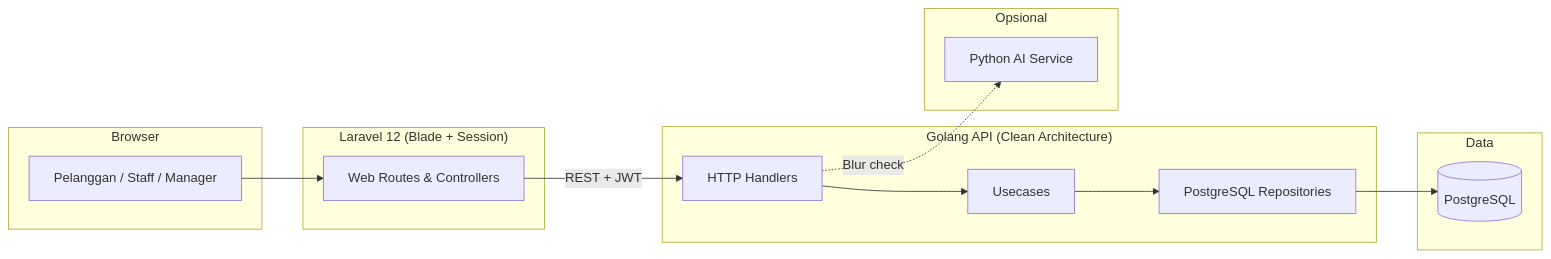
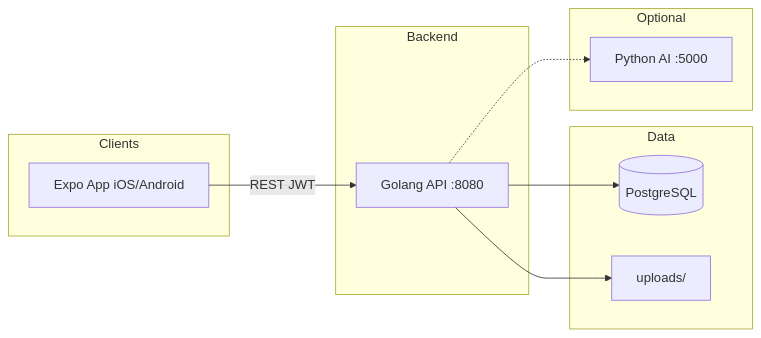
Before and after one commit to KyutaZx/Digital-Printing: the diagram in README.md, drawn with Mermaid. The commit also changed other lines of this file and 3 other files, not shown here.

````diff
--- a/README.md
+++ b/README.md
@@ -53,30 +31,24 @@
 ```mermaid
 flowchart LR
-    subgraph Browser
-        U[Pelanggan / Staff / Manager]
+    subgraph Clients
+        M[Expo App iOS/Android]
     end
 
-    subgraph Laravel["Laravel 12 (Blade + Session)"]
-        WEB[Web Routes & Controllers]
-    end
-
-    subgraph GoAPI["Golang API (Clean Architecture)"]
-        H[HTTP Handlers]
-        UC[Usecases]
-        REPO[PostgreSQL Repositories]
-        H --> UC --> REPO
+    subgraph Backend
+        API[Golang API :8080]
     end
 
     subgraph Data
         DB[(PostgreSQL)]
+        FS[uploads/]
     end
 
-    subgraph Optional["Opsional"]
-        AI[Python AI Service]
+    subgraph Optional
+        AI[Python AI :5000]
     end
 
-    U --> WEB
-    WEB -->|REST + JWT| H
-    REPO --> DB
-    H -.->|Blur check| AI
+    M -->|REST JWT| API
+    API --> DB
+    API --> FS
+    API -.-> AI
 ```
````
